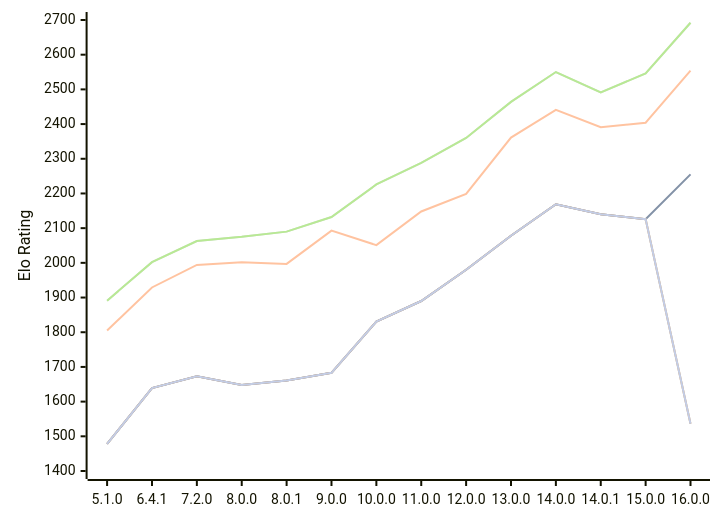
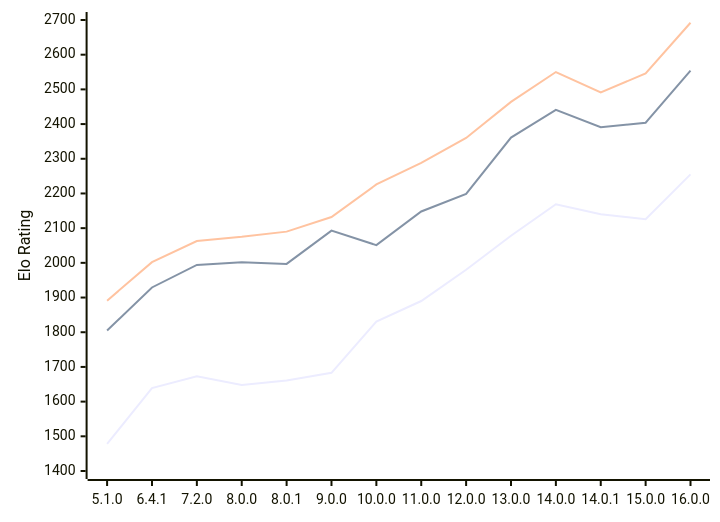
Before and after one commit to computer-chess-index/cci: the diagram in engines/Cepimetheus.md, drawn with Mermaid. The commit also changed other lines of this file, not shown here.

````diff
--- a/engines/Cepimetheus.md
+++ b/engines/Cepimetheus.md
@@ -60,13 +60,9 @@
 ```mermaid
 %%{init: {"theme":"base","themeVariables":{"seriesColors:['#a3a3a3','#222221','#faa371']}}}%%
 xychart-beta
   x-axis ["5.1.0", "6.4.1", "7.2.0", "8.0.0", "8.0.1", "9.0.0", "10.0.0", "11.0.0", "12.0.0", "13.0.0", "14.0.0", "14.0.1", "15.0.0", "16.0.0"]
   y-axis "Elo Rating" 1400 --> 2700
-  line "" [1478, 1639, 1673, 1648, 1661, 1683, 1831, 1890, 1980, 2078, 2169, 2140, 2126, 2255]
   line "T1: STC (8.0+0.08s)" [1478, 1639, 1673, 1648, 1661, 1683, 1831, 1890, 1980, 2078, 2169, 2140, 2126, 2255]
   line "T1: LTC (60.0+0.60s)" [1805, 1929, 1994, 2002, 1997, 2093, 2051, 2148, 2199, 2361, 2441, 2391, 2404, 2554]
-  line "" [1891, 2002, 2063, 2075, 2090, 2132, 2226, 2288, 2360, 2464, 2550, 2491, 2546, 2692]
   line "T1: VLTC (2m24s+1.12s)" [1891, 2002, 2063, 2075, 2090, 2132, 2226, 2288, 2360, 2464, 2550, 2491, 2546, 2692]
-  line "" [1478, 1639, 1673, 1648, 1661, 1683, 1831, 1890, 1980, 2078, 2169, 2140, 2126,1536]
-  line "E1: STC (8.0+0.08s)" [1478, 1639, 1673, 1648, 1661, 1683, 1831, 1890, 1980, 2078, 2169, 2140, 2126,1536]
 ```
````
